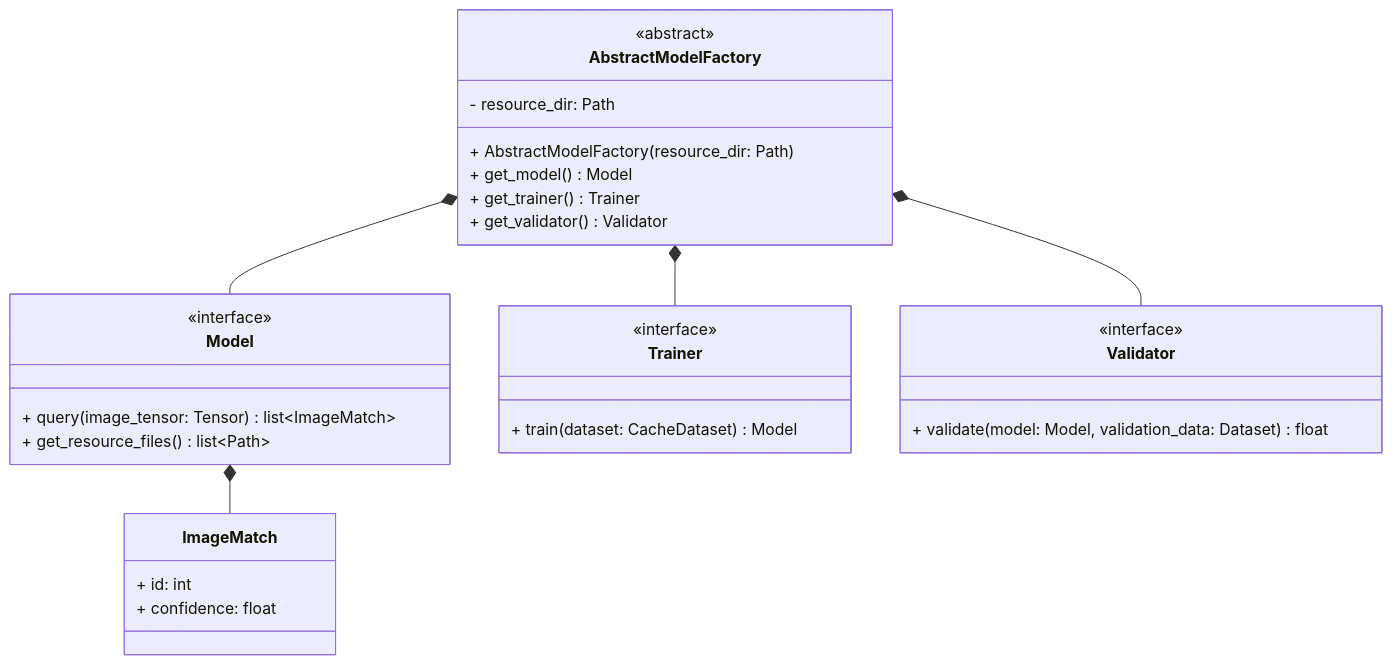
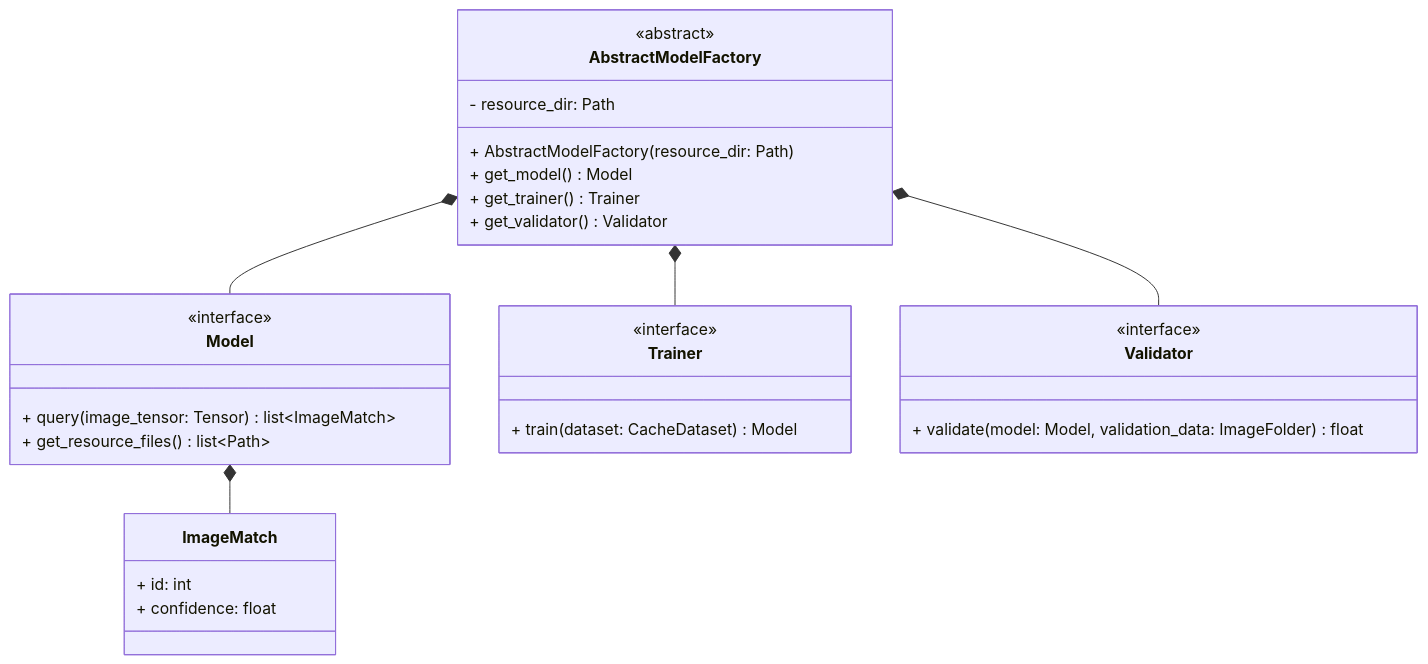
Before and after one commit to andyblarblar/transferware.ai: the fifth of 6 diagrams in docs/UML.md, drawn with Mermaid. The commit also changed 4 other files, not shown here.

````diff
--- a/docs/UML.md
+++ b/docs/UML.md
@@ -116,37 +116,37 @@
 ```mermaid
 classDiagram
     class ImageMatch {
         + id: int
         + confidence: float
     }
     
     class Model {
         <<interface>>
         + query(image_tensor: Tensor) list~ImageMatch~
         + get_resource_files() list~Path~
     }
     
     class Trainer {
         <<interface>>
         + train(dataset: CacheDataset) Model
     }
     
     class Validator {
         <<interface>>
-        + validate(model: Model, validation_data: Dataset) float
+        + validate(model: Model, validation_data: ImageFolder) float
     }
     
     class AbstractModelFactory {
         <<abstract>>
         - resource_dir: Path
         + AbstractModelFactory(resource_dir: Path)
         + get_model() Model
         + get_trainer() Trainer
         + get_validator() Validator
     }
     
     Model *-- ImageMatch
     AbstractModelFactory *-- Model
     AbstractModelFactory *-- Trainer
     AbstractModelFactory *-- Validator
 ```
````
